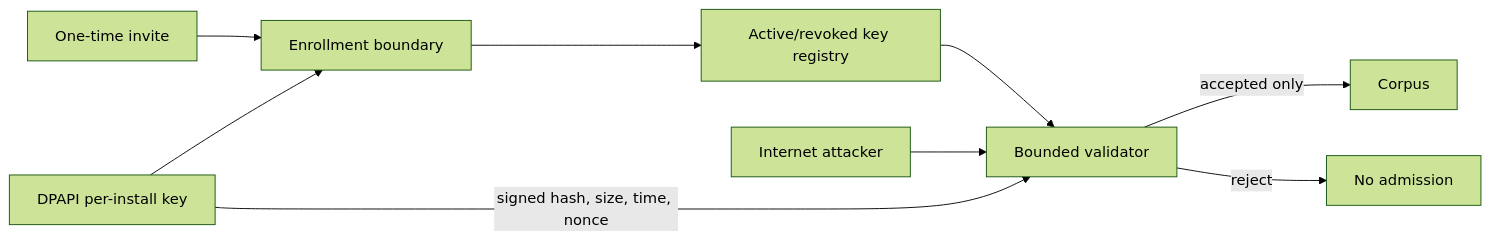
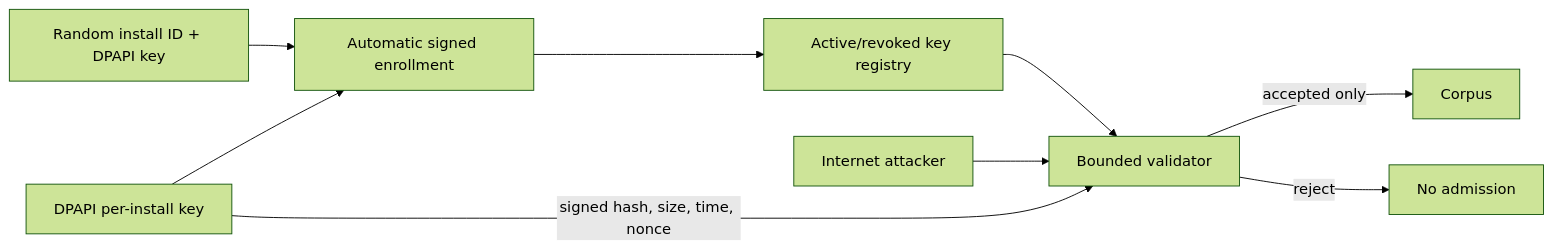
One commit to Arderos/msfs24-landing-stats changed the diagram in security/hardening/2026-08-05-distribution/diagrams/telemetry-ingress-trust-per-install-invite-keys-after.mmd. Above: the diagram before and after it, drawn with Mermaid (forest theme). The commit also changed 27 other files, not shown here.

```diff
--- a/security/hardening/2026-08-05-distribution/diagrams/telemetry-ingress-trust-per-install-invite-keys-after.mmd
+++ b/security/hardening/2026-08-05-distribution/diagrams/telemetry-ingress-trust-per-install-invite-keys-after.mmd
@@ -1,9 +1,9 @@
 flowchart LR
-  I["One-time invite"] --> E["Enrollment boundary"]
+  I["Random install ID + DPAPI key"] --> E["Automatic signed enrollment"]
   U["DPAPI per-install key"] --> E
   U -->|"signed hash, size, time, nonce"| V["Bounded validator"]
   E --> R["Active/revoked key registry"]
   R --> V
   A["Internet attacker"] --> V
   V -->|"accepted only"| C["Corpus"]
   V -->|"reject"| X["No admission"]
```
